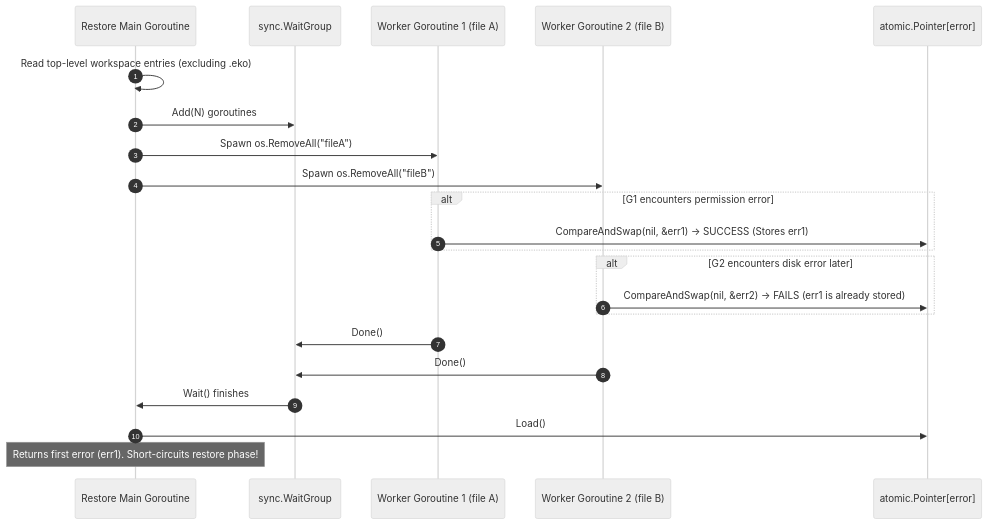
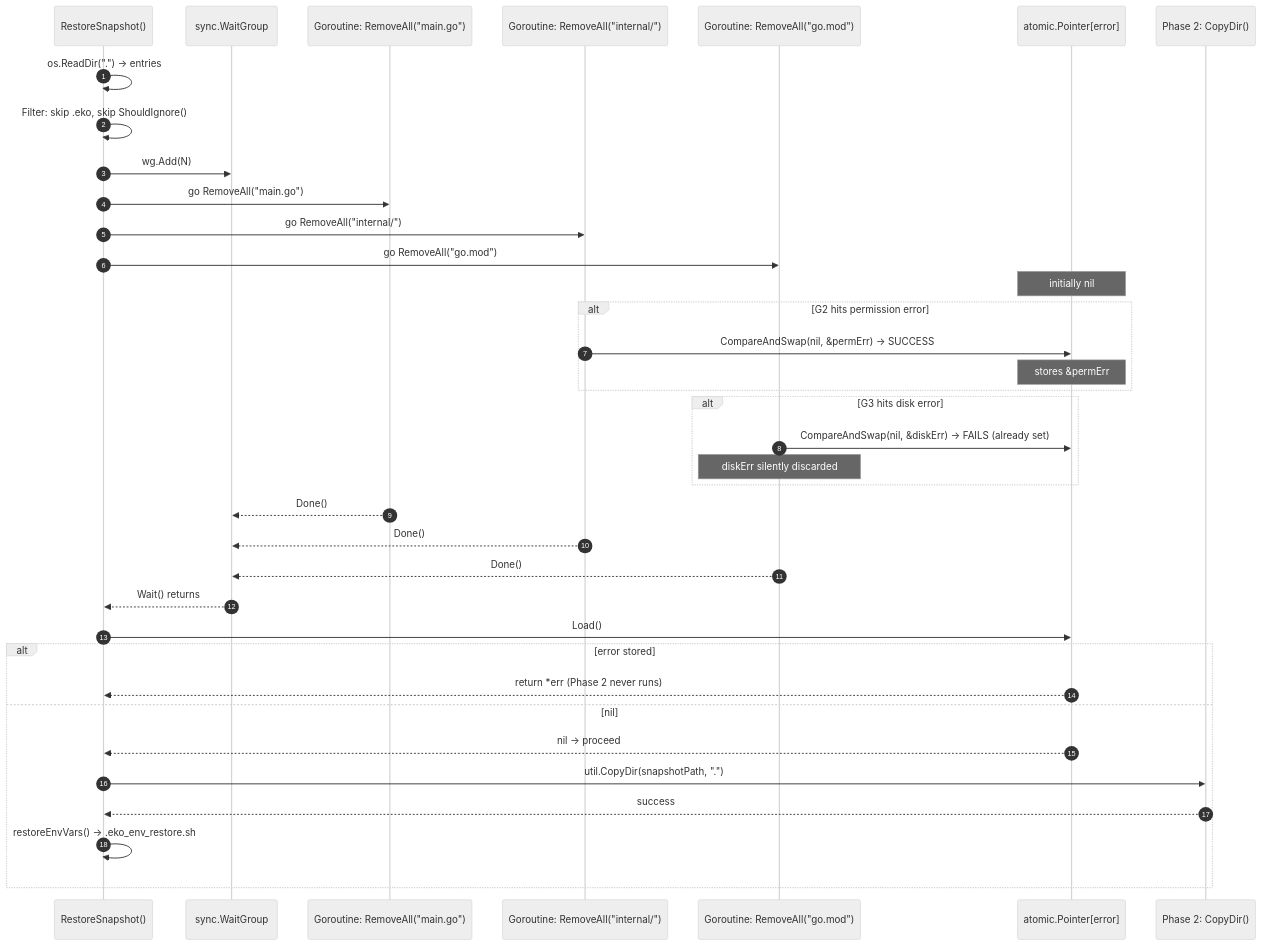
The fifth of 17 diagrams in ARCHITECTURE.md (UmairAhmedImran/eko), drawn with Mermaid (neutral theme) before and after one commit. The commit also changed other lines of this file, not shown here.

First line of the commit message:
docs: completely rewrite ARCHITECTURE.md with 15 comprehensive diagrams

````diff
--- a/ARCHITECTURE.md
+++ b/ARCHITECTURE.md
@@ -113,28 +242,45 @@
 ```mermaid
 sequenceDiagram
     autonumber
-    participant Main as Restore Main Goroutine
+    participant Main as RestoreSnapshot()
     participant WG as sync.WaitGroup
-    participant G1 as Worker Goroutine 1 (file A)
-    participant G2 as Worker Goroutine 2 (file B)
+    participant G1 as Goroutine: RemoveAll("main.go")
+    participant G2 as Goroutine: RemoveAll("internal/")
+    participant G3 as Goroutine: RemoveAll("go.mod")
     participant CAS as atomic.Pointer[error]
+    participant Phase2 as Phase 2: CopyDir()
 
-    Main->>Main: Read top-level workspace entries (excluding .eko)
-    Main->>WG: Add(N) goroutines
-    Main->>G1: Spawn os.RemoveAll("fileA")
-    Main->>G2: Spawn os.RemoveAll("fileB")
+    Main->>Main: os.ReadDir(".") → entries
+    Main->>Main: Filter: skip .eko, skip ShouldIgnore()
+    Main->>WG: wg.Add(N)
+    Main->>G1: go RemoveAll("main.go")
+    Main->>G2: go RemoveAll("internal/")
+    Main->>G3: go RemoveAll("go.mod")
 
-    alt G1 encounters permission error
-        G1->>CAS: CompareAndSwap(nil, &err1) -> SUCCESS (Stores err1)
+    Note over CAS: initially nil
+
+    alt G2 hits permission error
+        G2->>CAS: CompareAndSwap(nil, &permErr) → SUCCESS
+        Note over CAS: stores &permErr
     end
 
-    alt G2 encounters disk error later
-        G2->>CAS: CompareAndSwap(nil, &err2) -> FAILS (err1 is already stored)
+    alt G3 hits disk error
+        G3->>CAS: CompareAndSwap(nil, &diskErr) → FAILS (already set)
+        Note over G3: diskErr silently discarded
     end
 
-    G1->>WG: Done()
-    G2->>WG: Done()
-    WG->>Main: Wait() finishes
+    G1-->>WG: Done()
+    G2-->>WG: Done()
+    G3-->>WG: Done()
+    WG-->>Main: Wait() returns
+
     Main->>CAS: Load()
-    Note over Main: Returns first error (err1). Short-circuits restore phase!
+    alt error stored
+        CAS-->>Main: return *err  (Phase 2 never runs)
+    else nil
+        CAS-->>Main: nil → proceed
+        Main->>Phase2: util.CopyDir(snapshotPath, ".")
+        Phase2-->>Main: success
+        Main->>Main: restoreEnvVars() → .eko_env_restore.sh
+    end
 ```
````
